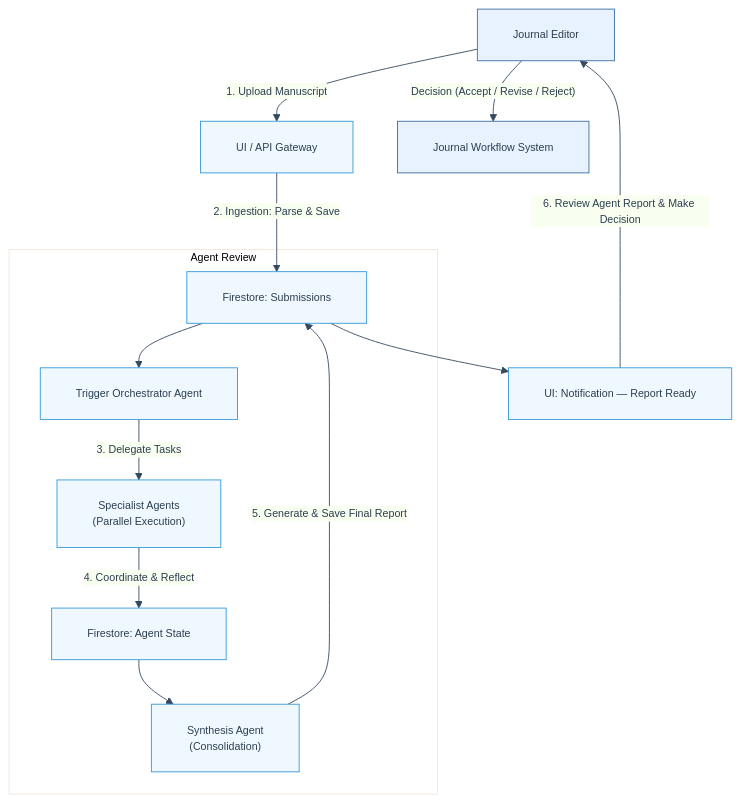
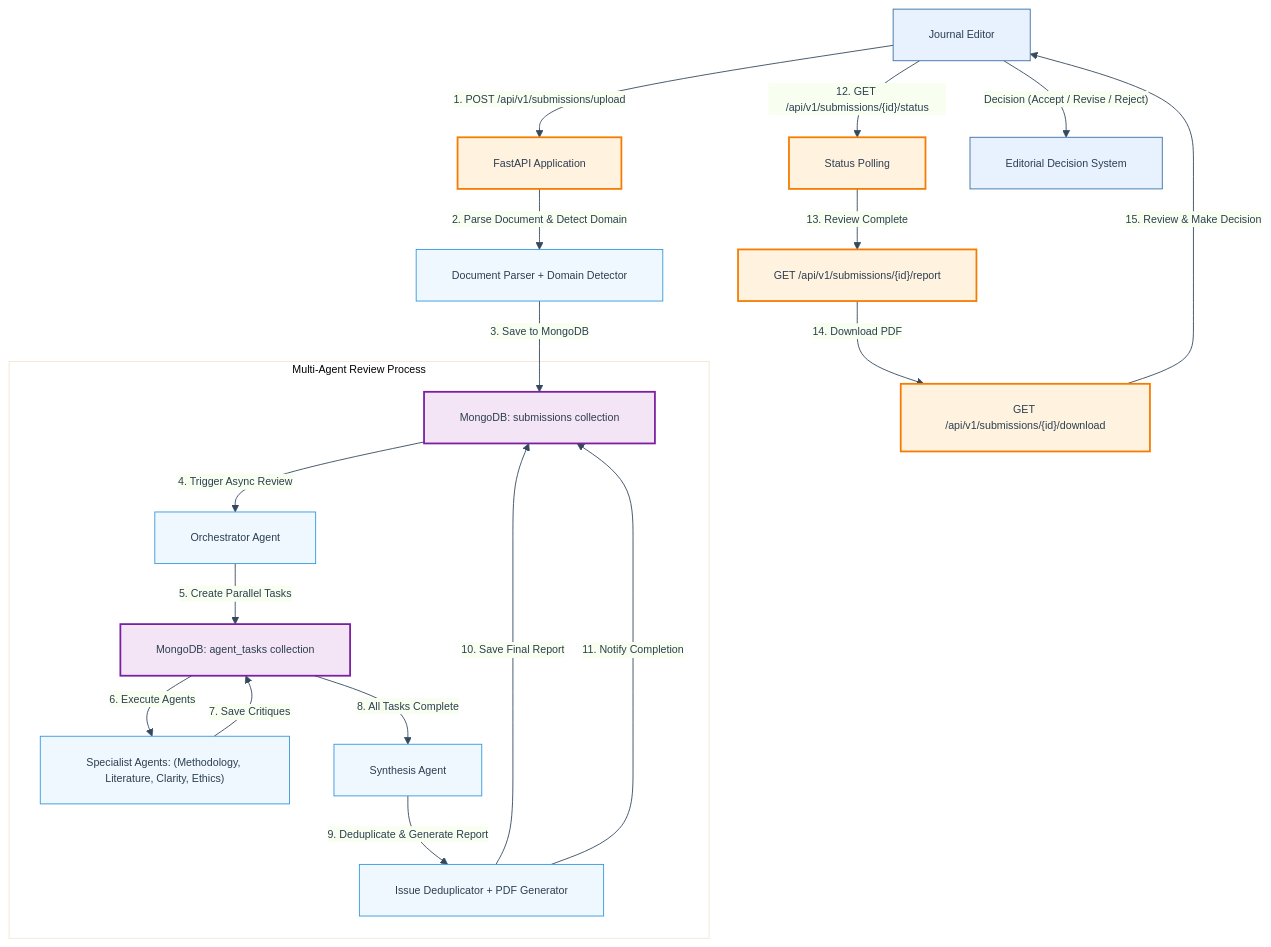
Before and after one commit to BashyPy/academic_journal_reviewer: the diagram in diagrams/user flow.mmd, drawn with Mermaid. The commit also changed 13 other files, not shown here.

```diff
--- a/diagrams/user flow.mmd
+++ b/diagrams/user flow.mmd
@@ -1,32 +1,42 @@
 %%{init: {
   'theme': 'base',
   'themeVariables': { 
     'fontFamily': 'Inter, Arial, sans-serif', 
     'fontSize': '12px', 
     'primaryColor': '#f0f8ff',
     'primaryTextColor': '#2c3e50',
     'primaryBorderColor': '#3498db',
     'lineColor': '#34495e'
   },
   'flowchart': { 'htmlLabels': true, 'curve': 'basis', 'padding': 20 }
 }}%%
 
 graph TB
-    A["Journal Editor"] -->|"1. Upload Manuscript"| B["UI / API Gateway"]
-    B -->|"2. Ingestion: Parse & Save"| C["Firestore: Submissions"]
-    C --> D["Trigger Orchestrator Agent"]
+    A["Journal Editor"] -->|"1. POST /api/v1/submissions/upload"| B["FastAPI Application"]
+    B -->|"2. Parse Document & Detect Domain"| C["Document Parser + Domain Detector"]
+    C -->|"3. Save to MongoDB"| D["MongoDB: submissions collection"]
+    D -->|"4. Trigger Async Review"| E["Orchestrator Agent"]
 
-    subgraph Review["Agent Review"]
-        D -->|"3. Delegate Tasks"| E["Specialist Agents\n(Parallel Execution)"]
-        E -->|"4. Coordinate & Reflect"| F["Firestore: Agent State"]
-        F --> G["Synthesis Agent\n(Consolidation)"]
-        G -->|"5. Generate & Save Final Report"| C
+    subgraph Review["Multi-Agent Review Process"]
+        E -->|"5. Create Parallel Tasks"| F["MongoDB: agent_tasks collection"]
+        F -->|"6. Execute Agents"| G["Specialist Agents: (Methodology, Literature, Clarity, Ethics)"]
+        G -->|"7. Save Critiques"| F
+        F -->|"8. All Tasks Complete"| H["Synthesis Agent"]
+        H -->|"9. Deduplicate & Generate Report"| I["Issue Deduplicator + PDF Generator"]
+        I -->|"10. Save Final Report"| D
     end
 
-    C --> H["UI: Notification — Report Ready"]
-    H -->|"6. Review Agent Report & Make Decision"| A
-    A -->|"Decision (Accept / Revise / Reject)"| I["Journal Workflow System"]
+    I -->|"11. Notify Completion"| D
+    A -->|"12. GET /api/v1/submissions/{id}/status"| J["Status Polling"]
+    J -->|"13. Review Complete"| K["GET /api/v1/submissions/{id}/report"]
+    K -->|"14. Download PDF"| L["GET /api/v1/submissions/{id}/download"]
+    L -->|"15. Review & Make Decision"| A
+    A -->|"Decision (Accept / Revise / Reject)"| M["Editorial Decision System"]
 
     classDef actor fill:#e8f2ff,stroke:#3b6ea5,stroke-width:1px;
-    class A actor;
-    class I actor;
+    classDef api fill:#fff3e0,stroke:#f57c00,stroke-width:2px;
+    classDef db fill:#f3e5f5,stroke:#7b1fa2,stroke-width:2px;
+    
+    class A,M actor;
+    class B,J,K,L api;
+    class D,F db;
```
